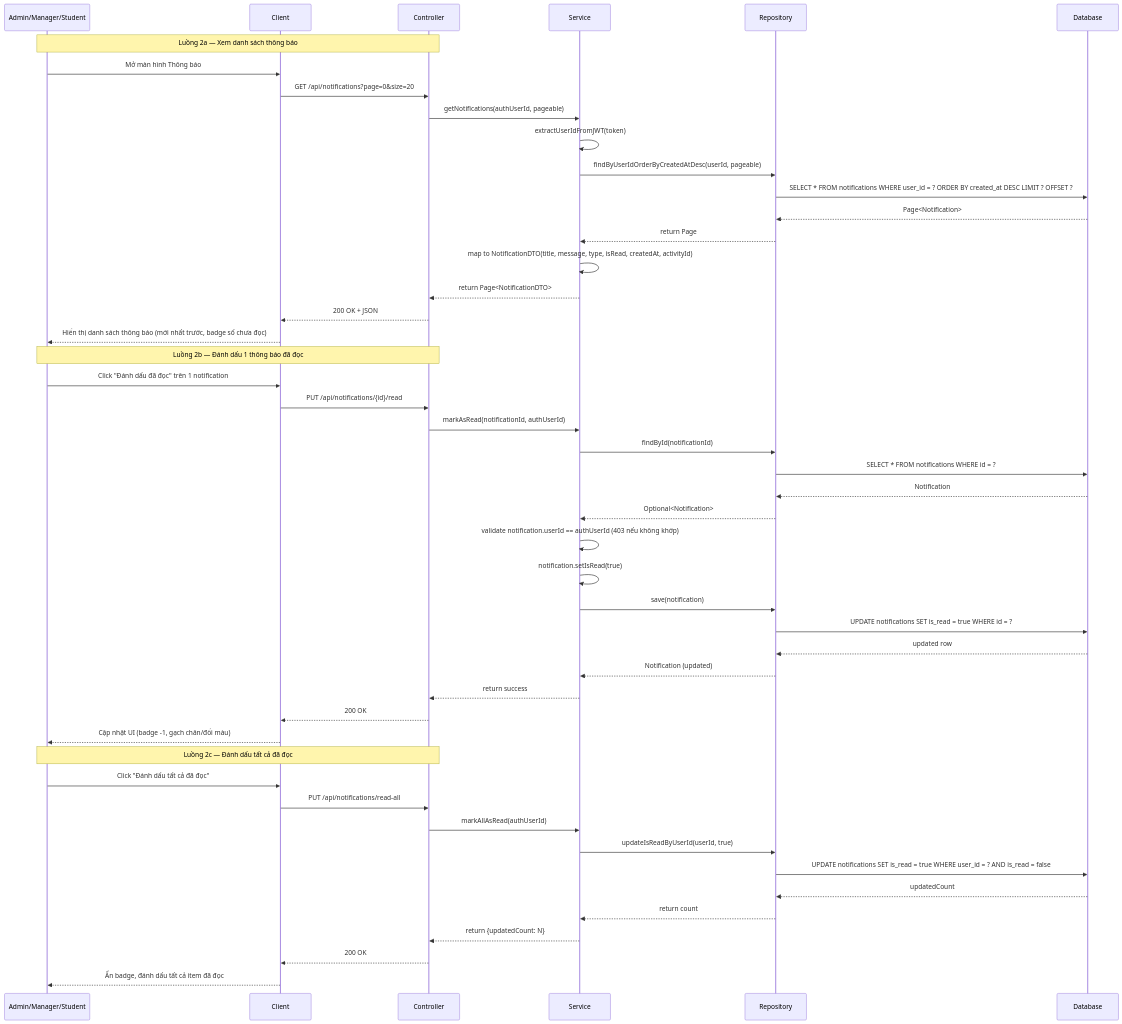
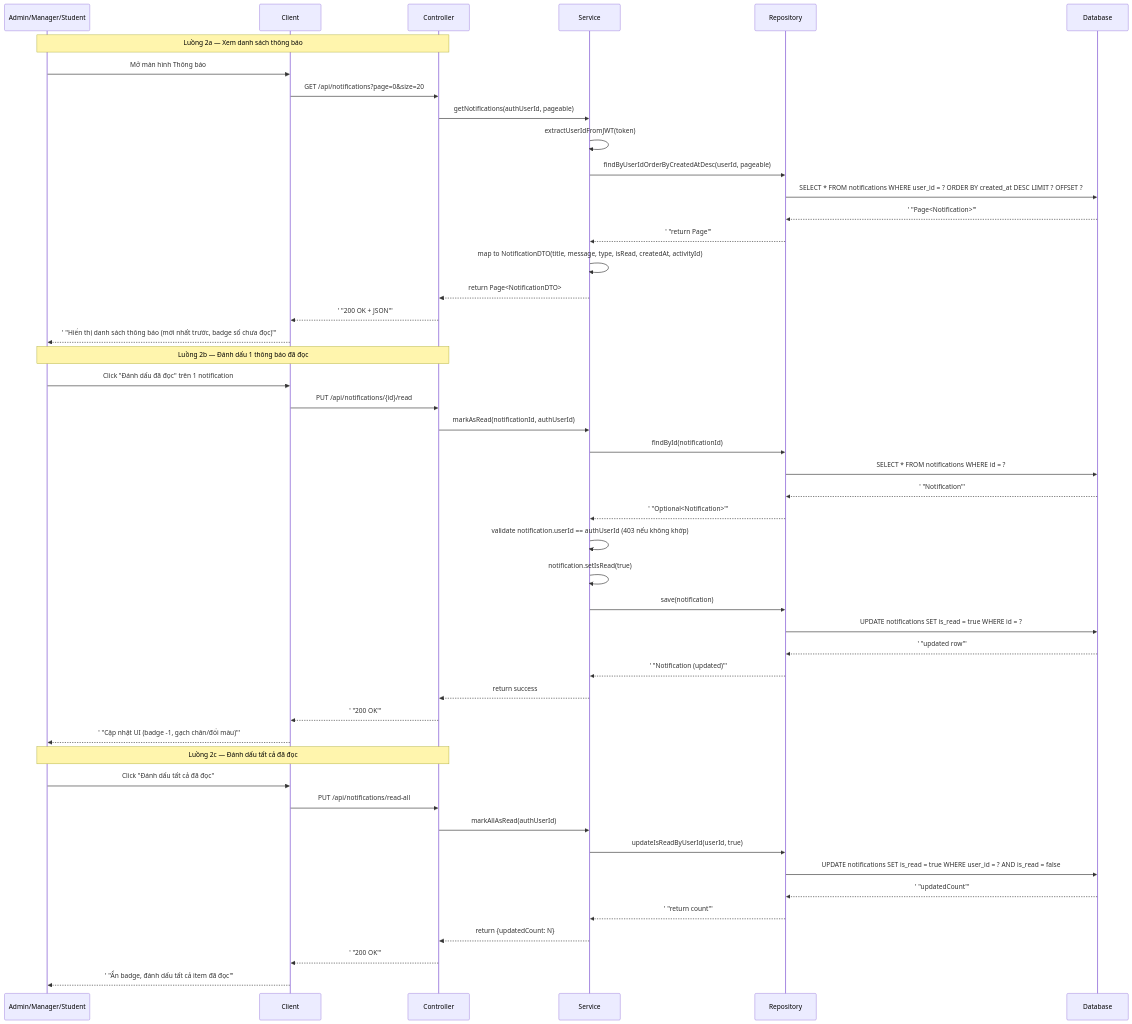
Before and after one commit to mchien04/CampusLife: the second of 5 diagrams in docs/sequence-diagramV2/sequence-diagram-notification.md, drawn with Mermaid. The commit also changed other lines of this file and 18 other files, not shown here.

First line of the commit message:
fix(sequence-diagramV2): fix Mermaid parse errors

````diff
--- a/docs/sequence-diagramV2/sequence-diagram-notification.md
+++ b/docs/sequence-diagramV2/sequence-diagram-notification.md
@@ -93,53 +93,53 @@
 ```mermaid
 sequenceDiagram
     participant U as Admin/Manager/Student
     participant C as Client
     participant CT as Controller
     participant S as Service
     participant R as Repository
     participant DB as Database
 
     Note over U,CT: Luồng 2a — Xem danh sách thông báo
     U->>C: Mở màn hình Thông báo
     C->>CT: GET /api/notifications?page=0&size=20
     CT->>S: getNotifications(authUserId, pageable)
     S->>S: extractUserIdFromJWT(token)
     S->>R: findByUserIdOrderByCreatedAtDesc(userId, pageable)
     R->>DB: SELECT * FROM notifications WHERE user_id = ? ORDER BY created_at DESC LIMIT ? OFFSET ?
-    DB-->>R: Page<Notification>
-    R-->>S: return Page
+    DB-->>R:' "Page<Notification>"'
+    R-->>S:' "return Page"'
     S->>S: map to NotificationDTO(title, message, type, isRead, createdAt, activityId)
     S-->>CT: return Page<NotificationDTO>
-    CT-->>C: 200 OK + JSON
-    C-->>U: Hiển thị danh sách thông báo (mới nhất trước, badge số chưa đọc)
+    CT-->>C:' "200 OK + JSON"'
+    C-->>U:' "Hiển thị danh sách thông báo (mới nhất trước, badge số chưa đọc)"'
 
     Note over U,CT: Luồng 2b — Đánh dấu 1 thông báo đã đọc
     U->>C: Click "Đánh dấu đã đọc" trên 1 notification
     C->>CT: PUT /api/notifications/{id}/read
     CT->>S: markAsRead(notificationId, authUserId)
     S->>R: findById(notificationId)
     R->>DB: SELECT * FROM notifications WHERE id = ?
-    DB-->>R: Notification
-    R-->>S: Optional<Notification>
+    DB-->>R:' "Notification"'
+    R-->>S:' "Optional<Notification>"'
     S->>S: validate notification.userId == authUserId (403 nếu không khớp)
     S->>S: notification.setIsRead(true)
     S->>R: save(notification)
     R->>DB: UPDATE notifications SET is_read = true WHERE id = ?
-    DB-->>R: updated row
-    R-->>S: Notification (updated)
+    DB-->>R:' "updated row"'
+    R-->>S:' "Notification (updated)"'
     S-->>CT: return success
-    CT-->>C: 200 OK
-    C-->>U: Cập nhật UI (badge -1, gạch chân/đổi màu)
+    CT-->>C:' "200 OK"'
+    C-->>U:' "Cập nhật UI (badge -1, gạch chân/đổi màu)"'
 
     Note over U,CT: Luồng 2c — Đánh dấu tất cả đã đọc
     U->>C: Click "Đánh dấu tất cả đã đọc"
     C->>CT: PUT /api/notifications/read-all
     CT->>S: markAllAsRead(authUserId)
     S->>R: updateIsReadByUserId(userId, true)
     R->>DB: UPDATE notifications SET is_read = true WHERE user_id = ? AND is_read = false
-    DB-->>R: updatedCount
-    R-->>S: return count
+    DB-->>R:' "updatedCount"'
+    R-->>S:' "return count"'
     S-->>CT: return {updatedCount: N}
-    CT-->>C: 200 OK
-    C-->>U: Ẩn badge, đánh dấu tất cả item đã đọc
+    CT-->>C:' "200 OK"'
+    C-->>U:' "Ẩn badge, đánh dấu tất cả item đã đọc"'
 ```
````
